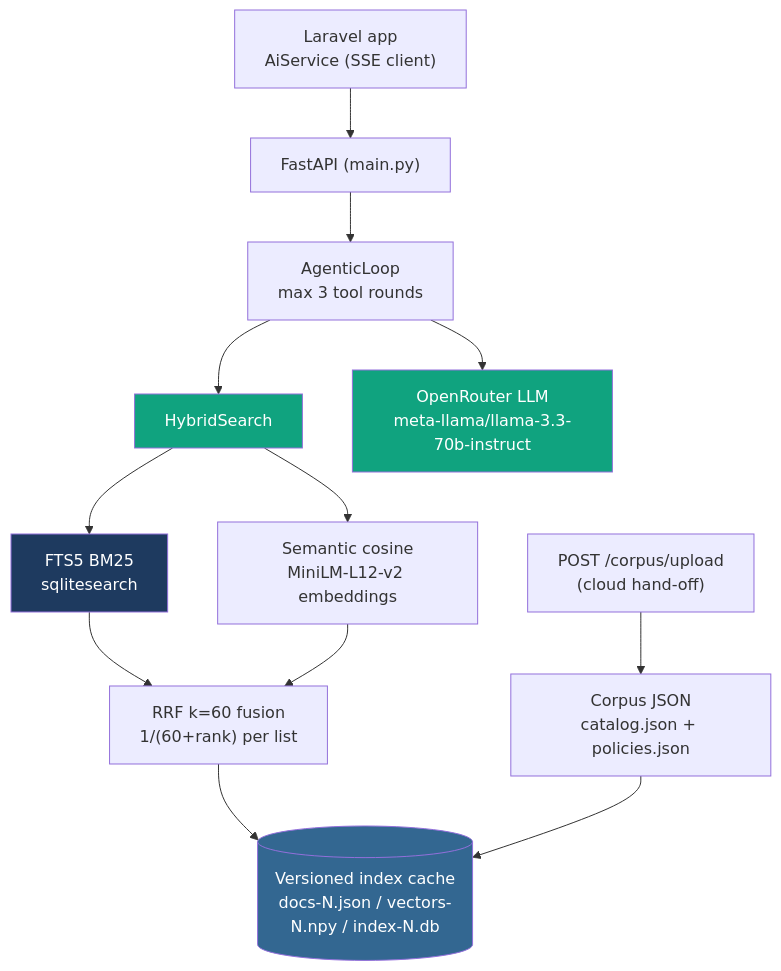
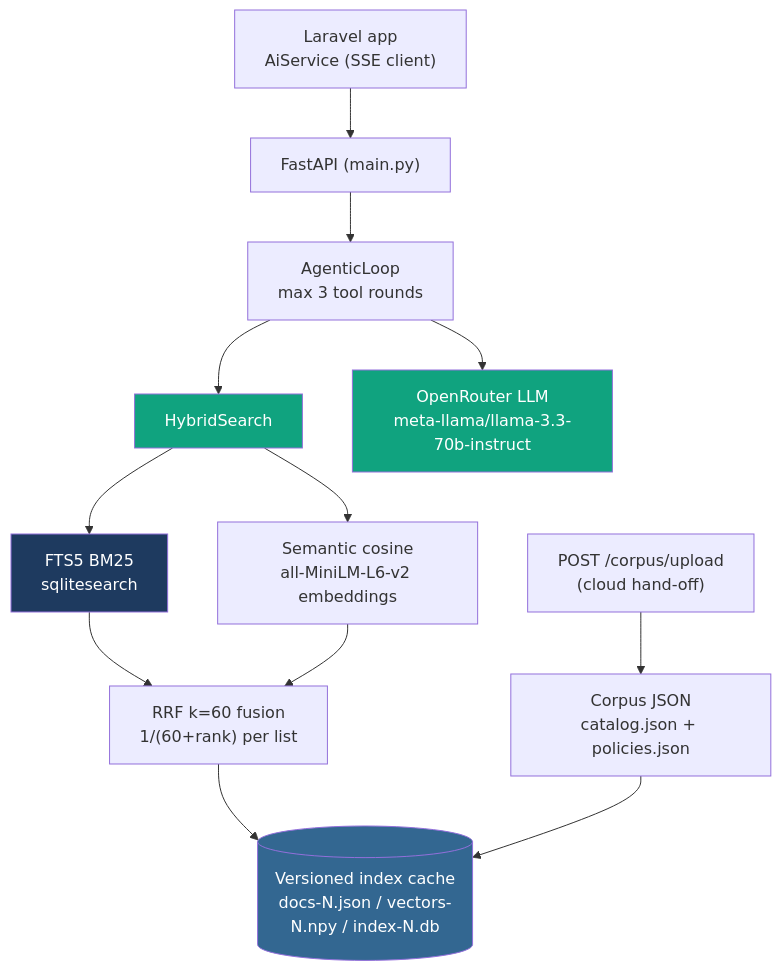
The diagram in README.md (PSergio984/ceit-ai-sidecar), drawn with Mermaid before and after one commit. The commit also changed other lines of this file and 9 other files, not shown here.

````diff
--- a/README.md
+++ b/README.md
@@ -153,31 +153,31 @@
 ```mermaid
 flowchart TD
     Laravel["Laravel app<br/>AiService (SSE client)"]
     API["FastAPI (main.py)"]
     Agent["AgenticLoop<br/>max 3 tool rounds"]
     Hybrid["HybridSearch"]
     BM25["FTS5 BM25<br/>sqlitesearch"]
-    Semantic["Semantic cosine<br/>MiniLM-L12-v2 embeddings"]
+    Semantic["Semantic cosine<br/>all-MiniLM-L6-v2 embeddings"]
     RRF["RRF k=60 fusion<br/>1/(60+rank) per list"]
     LLM["OpenRouter LLM<br/>meta-llama/llama-3.3-70b-instruct"]
     Cache[("Versioned index cache<br/>docs-N.json / vectors-N.npy / index-N.db")]
     Corpus["Corpus JSON<br/>catalog.json + policies.json"]
     Upload["POST /corpus/upload<br/>(cloud hand-off)"]
 
     Laravel --> API
     API --> Agent
     Agent --> Hybrid
     Hybrid --> BM25
     Hybrid --> Semantic
     BM25 --> RRF
     Semantic --> RRF
     Agent --> LLM
     RRF --> Cache
     Corpus --> Cache
     Upload --> Corpus
 
     style Hybrid fill:#10a37f,color:#fff
     style LLM fill:#10a37f,color:#fff
     style Cache fill:#336791,color:#fff
     style BM25 fill:#1e3a5f,color:#fff
 ```
````
